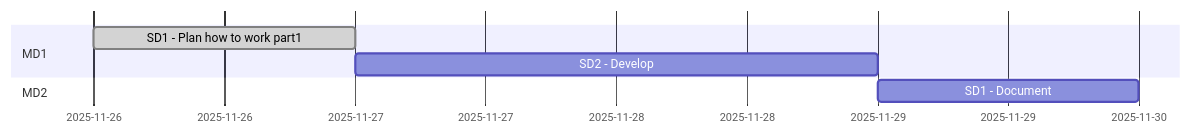
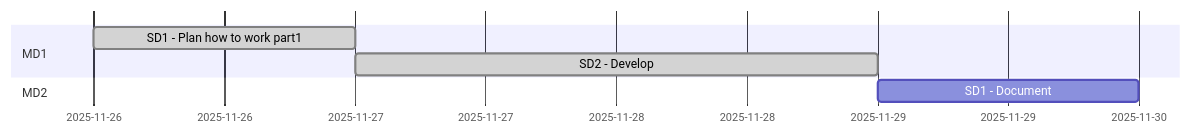
Before and after one commit to hoss-java/calapp-workshop: the first of 2 diagrams in DECK.md, drawn with Mermaid.

Commit message:
[W48-C005] Add some tests - Update DECK.
Deck-Link: https://github.com/hoss-java/calapp-workshop/blob/main/DECK.md#48-005

````diff
--- a/DECK.md
+++ b/DECK.md
@@ -27,9 +27,9 @@
 ```mermaid
 gantt
     section MD1
     SD1 - Plan how to work part1                :done,md1des1, 2025-11-26,1d
-    SD2 - Develop                :md1des2, after md1des1,2d
+    SD2 - Develop                :done,md1des2, after md1des1,2d
 
     section MD2
     SD1 - Document                :md2des1, 2025-11-29,1d
 ```
````
